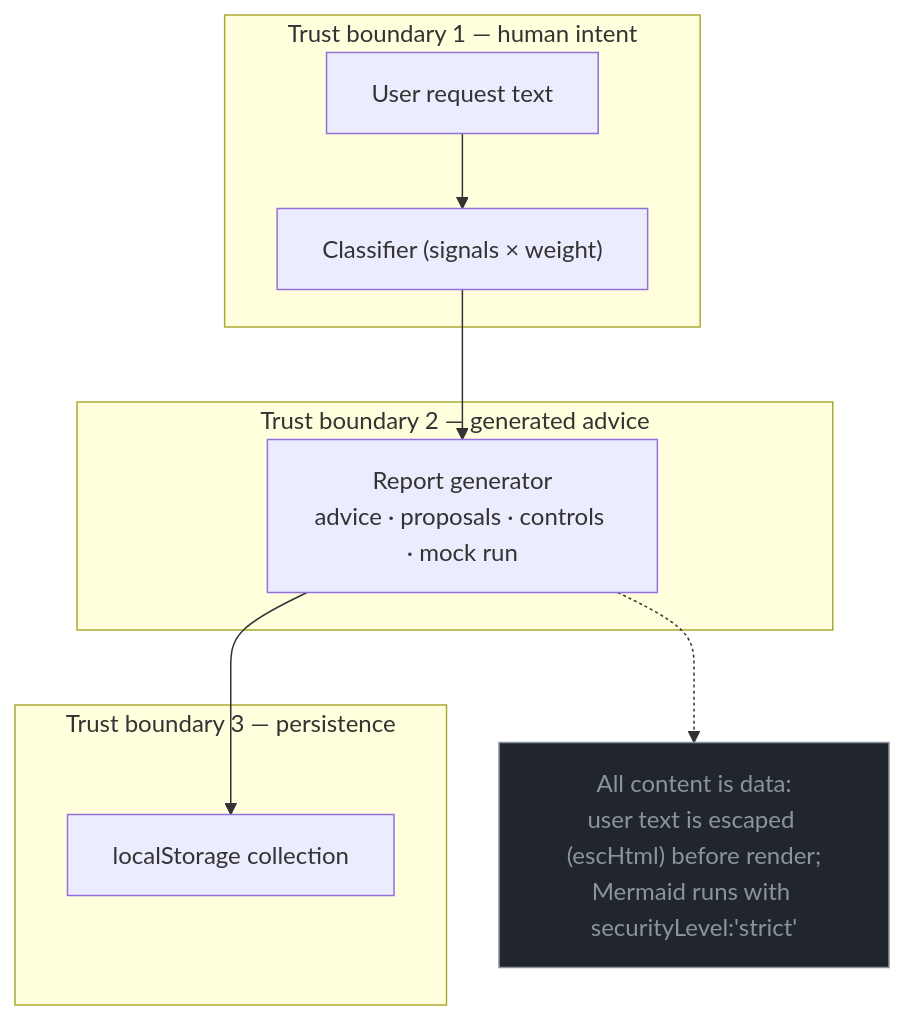
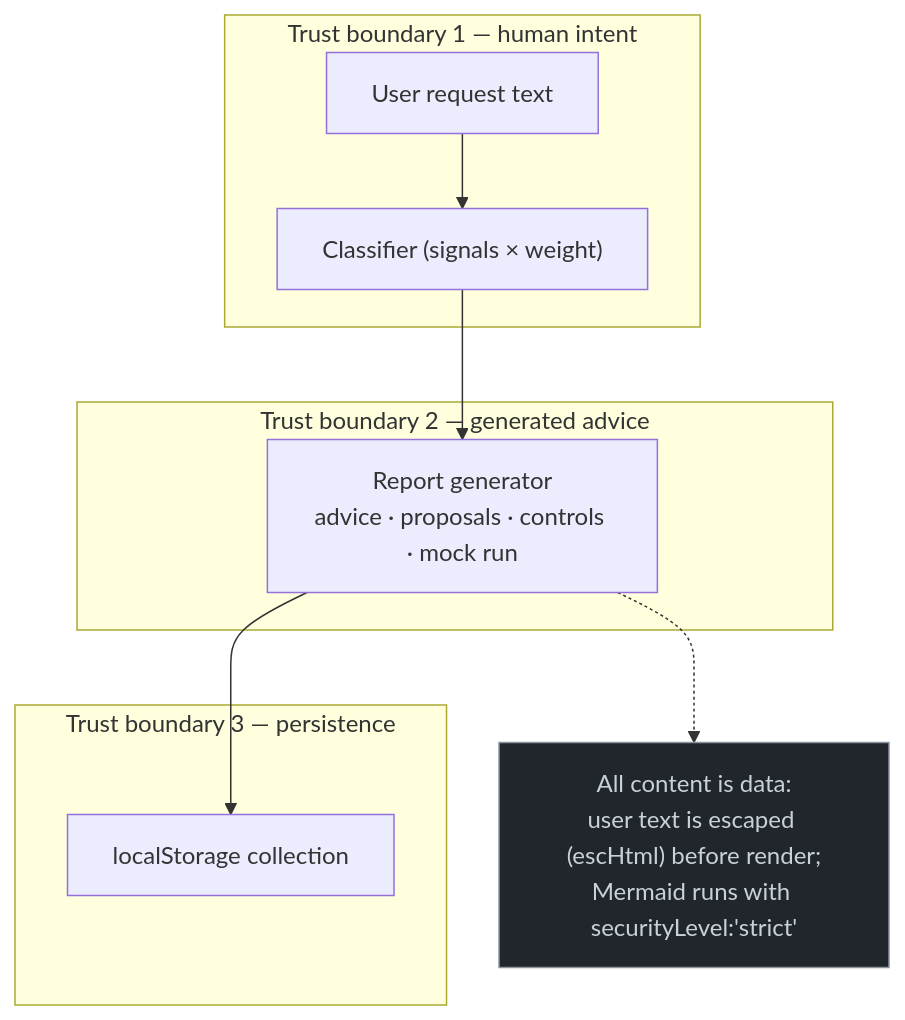
One commit to harishgovardhandamodar/AI-Agents-Patterns changed the third of 3 diagrams in design/01-system-context.md. Above: the diagram before and after it, drawn with Mermaid. The commit also changed other lines of this file and 27 other files, not shown here.

````diff
--- a/design/01-system-context.md
+++ b/design/01-system-context.md
@@ -85,15 +85,15 @@
 ```mermaid
 flowchart TB
   subgraph T1["Trust boundary 1 — human intent"]
     REQ["User request text"] --> CLS["Classifier (signals × weight)"]
   end
   subgraph T2["Trust boundary 2 — generated advice"]
     CLS --> GEN["Report generator<br/>advice · proposals · controls · mock run"]
   end
   subgraph T3["Trust boundary 3 — persistence"]
     GEN --> LS["localStorage collection"]
   end
   NOTE["All content is data:<br/>user text is escaped (escHtml) before render;<br/>Mermaid runs with securityLevel:'strict'"]:::note
   GEN -.-> NOTE
-  classDef note fill:#21262d,stroke:#8b949e,color:#8b949e
+  classDef note fill:#21262d,stroke:#8b949e,color:#c9d1d9
 ```
````
